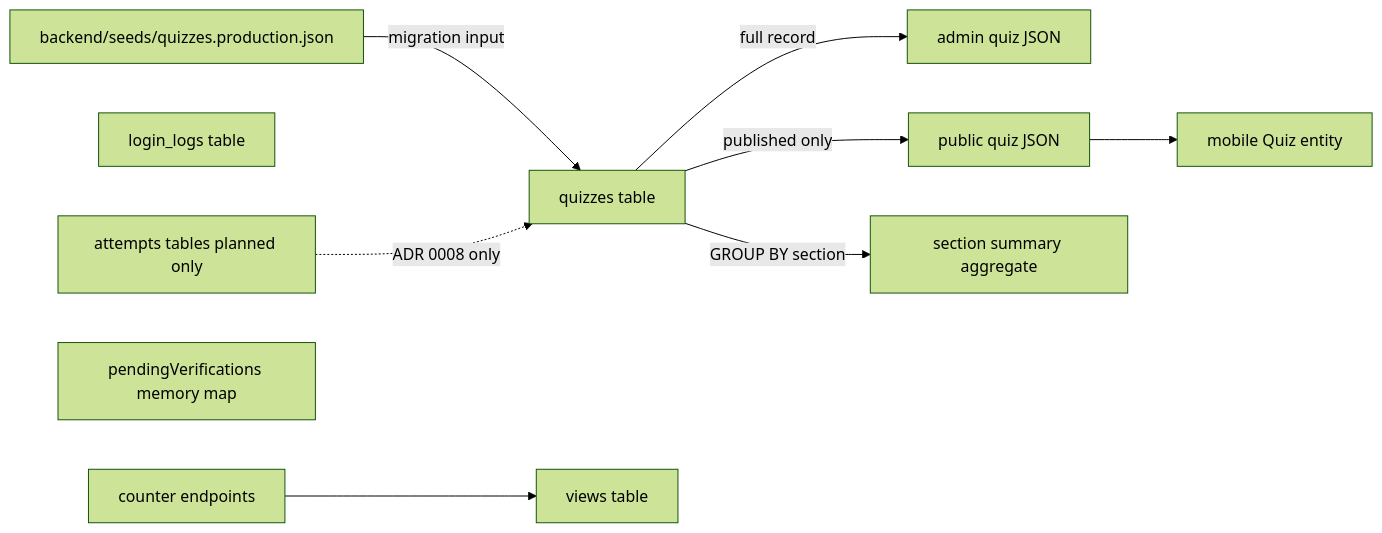
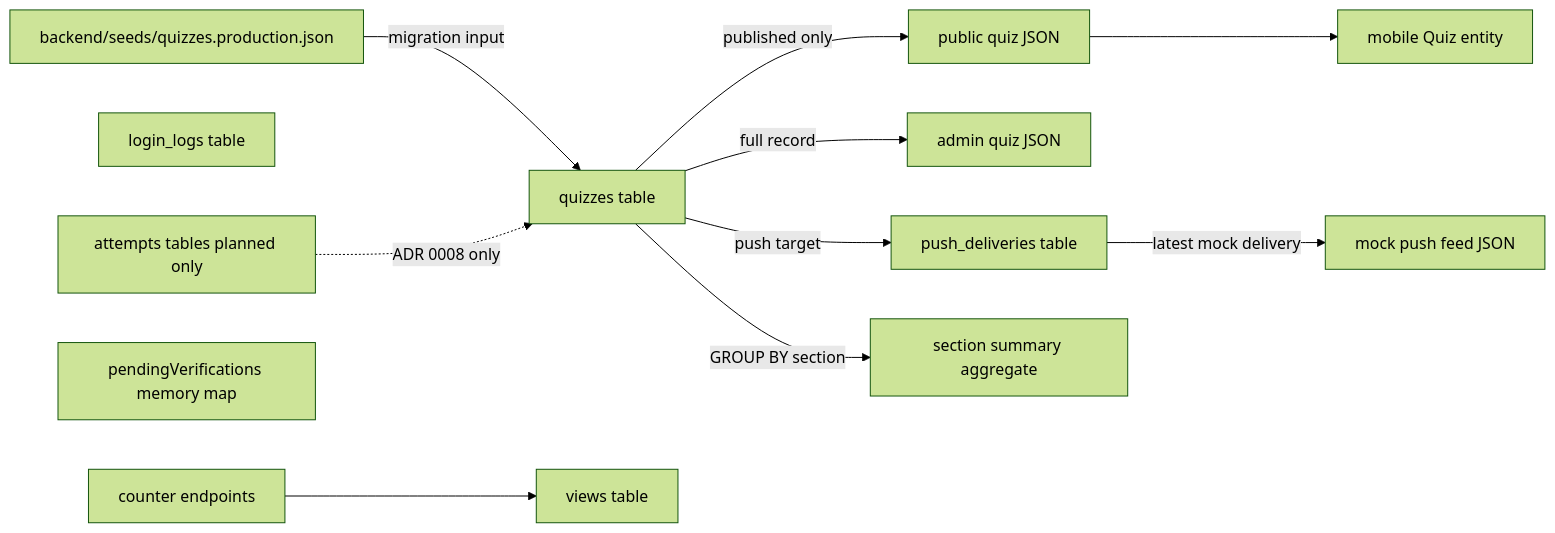
One commit to Yoshinaga123/quiz changed the first of 2 diagrams in docs/architecture/data-model.md. Above: the diagram before and after it, drawn with Mermaid (forest theme). The commit also changed other lines of this file and 35 other files, not shown here.

First line of the commit message:
feat: add mock push notifications and connect web to Public API

````diff
--- a/docs/architecture/data-model.md
+++ b/docs/architecture/data-model.md
@@ -8,22 +8,26 @@
 ```mermaid
 flowchart LR
     Seed["backend/seeds/quizzes.production.json"]
     Quizzes["quizzes table"]
     Views["views table"]
     LoginLogs["login_logs table"]
+    PushDeliveries["push_deliveries table"]
     Counter["counter endpoints"]
     AdminQuiz["admin quiz JSON"]
     PublicQuiz["public quiz JSON"]
     SectionSummary["section summary aggregate"]
+    MockPushFeed["mock push feed JSON"]
     MobileQuiz["mobile Quiz entity"]
     Verification["pendingVerifications memory map"]
     Attempts["attempts tables planned only"]
 
     Seed -->|migration input| Quizzes
     Quizzes -->|full record| AdminQuiz
     Quizzes -->|published only| PublicQuiz
     Quizzes -->|GROUP BY section| SectionSummary
+    Quizzes -->|push target| PushDeliveries
+    PushDeliveries -->|latest mock delivery| MockPushFeed
     PublicQuiz --> MobileQuiz
     Counter --> Views
     Attempts -. ADR 0008 only .-> Quizzes
 ```
````
